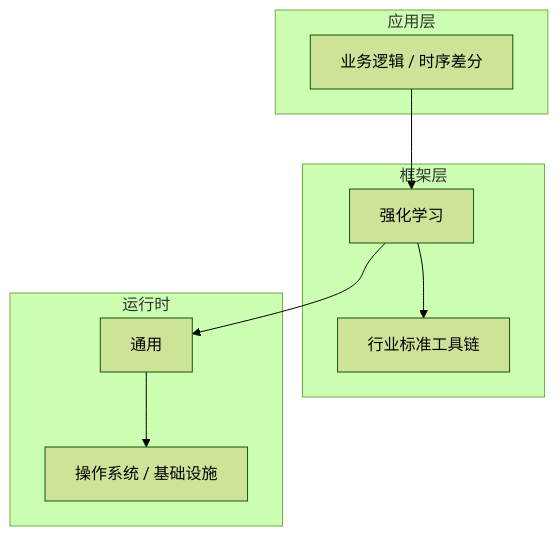
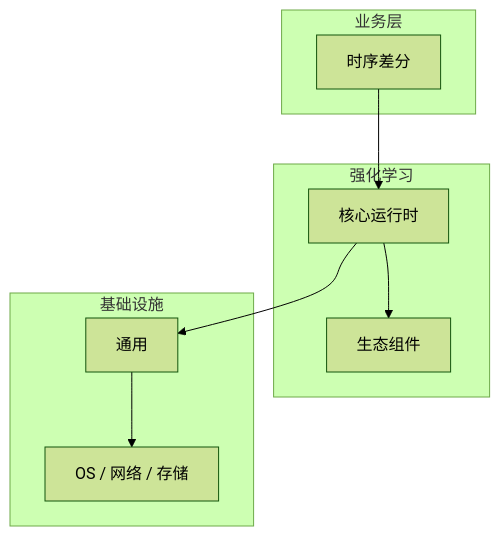
One commit to yanggan2015/knowledge-json-v2 changed the diagram in articles/强化学习/chapters/049-时序差分核心概念与原理.md. Above: the diagram before and after it, drawn with Mermaid (forest theme). The commit also changed other lines of this file and 10127 other files, not shown here.

````diff
--- a/articles/强化学习/chapters/049-时序差分核心概念与原理.md
+++ b/articles/强化学习/chapters/049-时序差分核心概念与原理.md
@@ -45,18 +30,18 @@
 ```mermaid
 graph TB
-    subgraph 应用层
-        A[业务逻辑 / 时序差分]
+    subgraph 业务层
+        A[时序差分]
     end
-    subgraph 框架层
-        B[强化学习]
-        C[行业标准工具链]
+    subgraph 强化学习
+        B[核心运行时]
+        C[生态组件]
     end
-    subgraph 运行时
+    subgraph 基础设施
         D[通用]
-        E[操作系统 / 基础设施]
+        E[OS / 网络 / 存储]
     end
     A --> B
     B --> C
     B --> D
     D --> E
 ```
````
